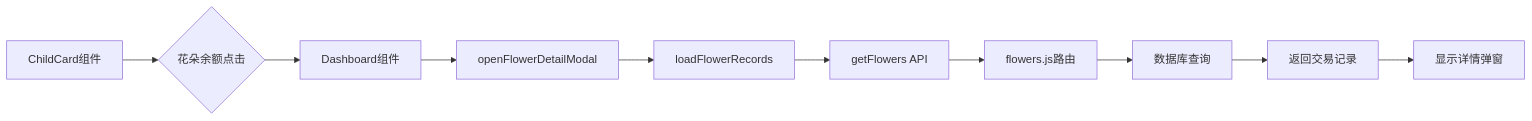
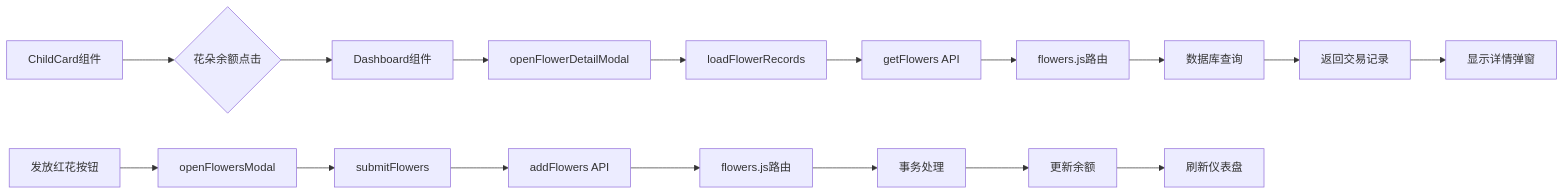
One commit to dawny123123/StarParadise changed the third of 3 diagrams in .qoder/repowiki/zh/content/产品数据看板.md. Above: the diagram before and after it, drawn with Mermaid. The commit also changed other lines of this file and 71 other files, not shown here.

````diff
--- a/.qoder/repowiki/zh/content/产品数据看板.md
+++ b/.qoder/repowiki/zh/content/产品数据看板.md
@@ -241,12 +245,19 @@
 ```mermaid
 graph LR
 A[ChildCard组件] --> B{花朵余额点击}
 B --> C[Dashboard组件]
 C --> D[openFlowerDetailModal]
 D --> E[loadFlowerRecords]
 E --> F[getFlowers API]
 F --> G[flowers.js路由]
 G --> H[数据库查询]
 H --> I[返回交易记录]
 I --> J[显示详情弹窗]
+K[发放红花按钮] --> L[openFlowersModal]
+L --> M[submitFlowers]
+M --> N[addFlowers API]
+N --> O[flowers.js路由]
+O --> P[事务处理]
+P --> Q[更新余额]
+Q --> R[刷新仪表盘]
 ```
````
